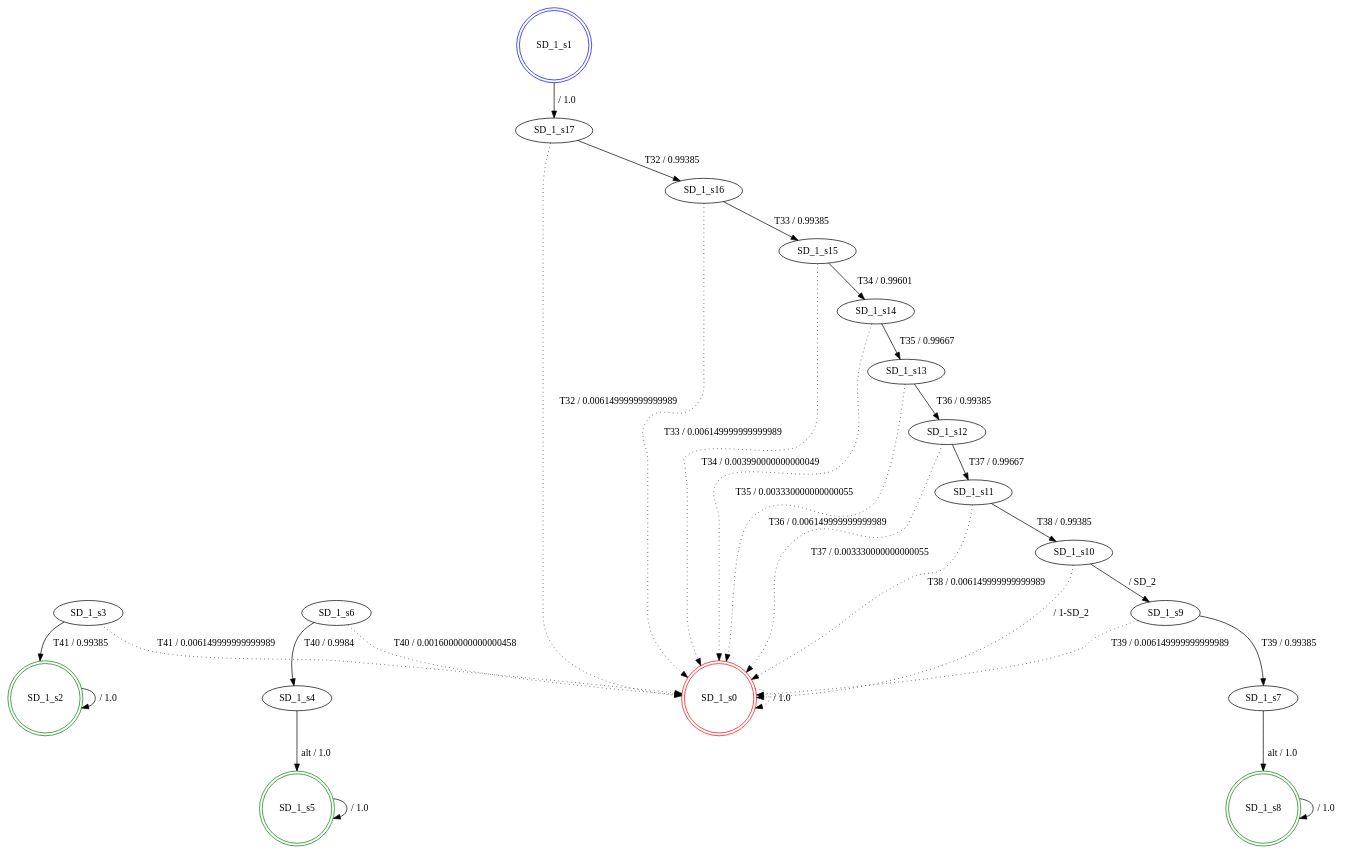
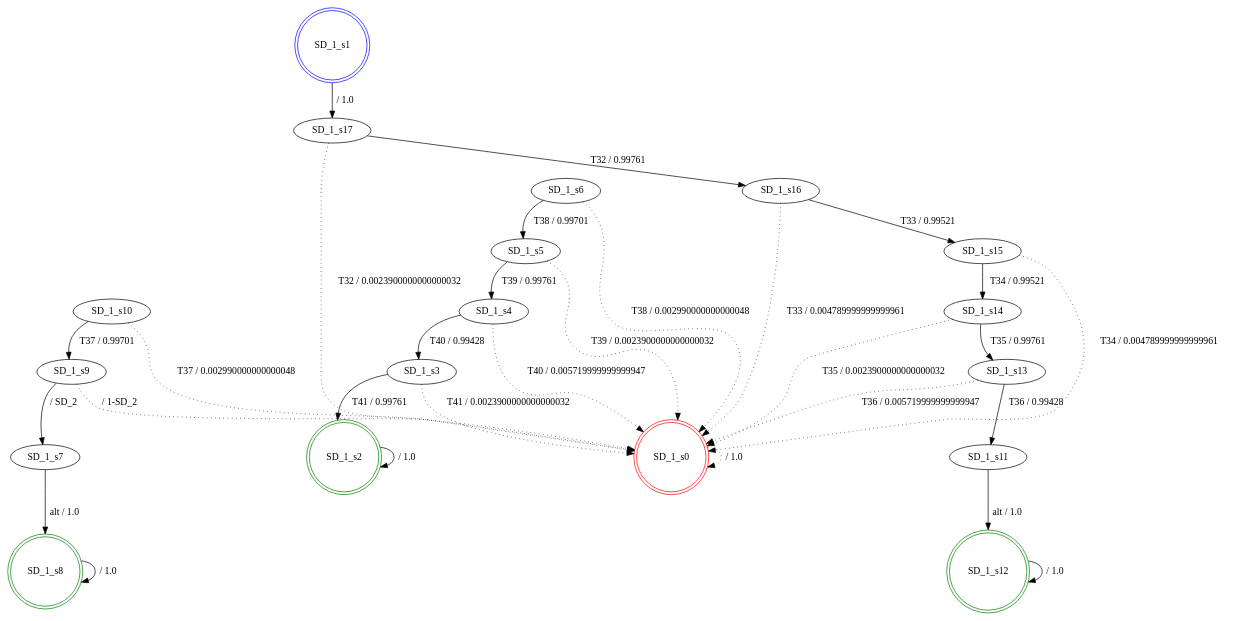
One commit to SPLMC/spl-generator changed the diagram in src/results_joao/fdtmc_SD_1.dot. Above: the diagram before and after it, drawn with Graphviz. The commit also changed 12 other files, not shown here.

```diff
--- a/src/results_joao/fdtmc_SD_1.dot
+++ b/src/results_joao/fdtmc_SD_1.dot
@@ -1,49 +1,49 @@
 digraph graphname {
 SD_1_s0 [label="SD_1_s0",color=red,shape=doublecircle ];
 SD_1_s1 [label="SD_1_s1",color=blue,shape=doublecircle ];
 SD_1_s2 [label="SD_1_s2",color=green,shape=doublecircle ];
 SD_1_s3 [label="SD_1_s3" ];
 SD_1_s4 [label="SD_1_s4" ];
-SD_1_s5 [label="SD_1_s5",color=green,shape=doublecircle ];
+SD_1_s5 [label="SD_1_s5" ];
 SD_1_s6 [label="SD_1_s6" ];
 SD_1_s7 [label="SD_1_s7" ];
 SD_1_s8 [label="SD_1_s8",color=green,shape=doublecircle ];
 SD_1_s9 [label="SD_1_s9" ];
 SD_1_s10 [label="SD_1_s10" ];
 SD_1_s11 [label="SD_1_s11" ];
-SD_1_s12 [label="SD_1_s12" ];
+SD_1_s12 [label="SD_1_s12",color=green,shape=doublecircle ];
 SD_1_s13 [label="SD_1_s13" ];
 SD_1_s14 [label="SD_1_s14" ];
 SD_1_s15 [label="SD_1_s15" ];
 SD_1_s16 [label="SD_1_s16" ];
 SD_1_s17 [label="SD_1_s17" ];
 SD_1_s0 -> SD_1_s0 [label=" / 1.0", style=dotted];
 SD_1_s1 -> SD_1_s17 [label=" / 1.0"];
 SD_1_s2 -> SD_1_s2 [label=" / 1.0"];
-SD_1_s3 -> SD_1_s2 [label="T41 / 0.99385"];
-SD_1_s3 -> SD_1_s0 [label="T41 / 0.006149999999999989", style=dotted];
-SD_1_s4 -> SD_1_s5 [label="alt / 1.0"];
-SD_1_s5 -> SD_1_s5 [label=" / 1.0"];
-SD_1_s6 -> SD_1_s4 [label="T40 / 0.9984"];
-SD_1_s6 -> SD_1_s0 [label="T40 / 0.0016000000000000458", style=dotted];
+SD_1_s3 -> SD_1_s2 [label="T41 / 0.99761"];
+SD_1_s3 -> SD_1_s0 [label="T41 / 0.0023900000000000032", style=dotted];
+SD_1_s4 -> SD_1_s3 [label="T40 / 0.99428"];
+SD_1_s4 -> SD_1_s0 [label="T40 / 0.005719999999999947", style=dotted];
+SD_1_s5 -> SD_1_s4 [label="T39 / 0.99761"];
+SD_1_s5 -> SD_1_s0 [label="T39 / 0.0023900000000000032", style=dotted];
+SD_1_s6 -> SD_1_s5 [label="T38 / 0.99701"];
+SD_1_s6 -> SD_1_s0 [label="T38 / 0.002990000000000048", style=dotted];
 SD_1_s7 -> SD_1_s8 [label="alt / 1.0"];
 SD_1_s8 -> SD_1_s8 [label=" / 1.0"];
-SD_1_s9 -> SD_1_s7 [label="T39 / 0.99385"];
-SD_1_s9 -> SD_1_s0 [label="T39 / 0.006149999999999989", style=dotted];
-SD_1_s10 -> SD_1_s9 [label=" / SD_2"];
-SD_1_s10 -> SD_1_s0 [label=" / 1-SD_2", style=dotted];
-SD_1_s11 -> SD_1_s10 [label="T38 / 0.99385"];
-SD_1_s11 -> SD_1_s0 [label="T38 / 0.006149999999999989", style=dotted];
-SD_1_s12 -> SD_1_s11 [label="T37 / 0.99667"];
-SD_1_s12 -> SD_1_s0 [label="T37 / 0.003330000000000055", style=dotted];
-SD_1_s13 -> SD_1_s12 [label="T36 / 0.99385"];
-SD_1_s13 -> SD_1_s0 [label="T36 / 0.006149999999999989", style=dotted];
-SD_1_s14 -> SD_1_s13 [label="T35 / 0.99667"];
-SD_1_s14 -> SD_1_s0 [label="T35 / 0.003330000000000055", style=dotted];
-SD_1_s15 -> SD_1_s14 [label="T34 / 0.99601"];
-SD_1_s15 -> SD_1_s0 [label="T34 / 0.003990000000000049", style=dotted];
-SD_1_s16 -> SD_1_s15 [label="T33 / 0.99385"];
-SD_1_s16 -> SD_1_s0 [label="T33 / 0.006149999999999989", style=dotted];
-SD_1_s17 -> SD_1_s16 [label="T32 / 0.99385"];
-SD_1_s17 -> SD_1_s0 [label="T32 / 0.006149999999999989", style=dotted];
+SD_1_s9 -> SD_1_s7 [label=" / SD_2"];
+SD_1_s9 -> SD_1_s0 [label=" / 1-SD_2", style=dotted];
+SD_1_s10 -> SD_1_s9 [label="T37 / 0.99701"];
+SD_1_s10 -> SD_1_s0 [label="T37 / 0.002990000000000048", style=dotted];
+SD_1_s11 -> SD_1_s12 [label="alt / 1.0"];
+SD_1_s12 -> SD_1_s12 [label=" / 1.0"];
+SD_1_s13 -> SD_1_s11 [label="T36 / 0.99428"];
+SD_1_s13 -> SD_1_s0 [label="T36 / 0.005719999999999947", style=dotted];
+SD_1_s14 -> SD_1_s13 [label="T35 / 0.99761"];
+SD_1_s14 -> SD_1_s0 [label="T35 / 0.0023900000000000032", style=dotted];
+SD_1_s15 -> SD_1_s14 [label="T34 / 0.99521"];
+SD_1_s15 -> SD_1_s0 [label="T34 / 0.004789999999999961", style=dotted];
+SD_1_s16 -> SD_1_s15 [label="T33 / 0.99521"];
+SD_1_s16 -> SD_1_s0 [label="T33 / 0.004789999999999961", style=dotted];
+SD_1_s17 -> SD_1_s16 [label="T32 / 0.99761"];
+SD_1_s17 -> SD_1_s0 [label="T32 / 0.0023900000000000032", style=dotted];
 }
```
